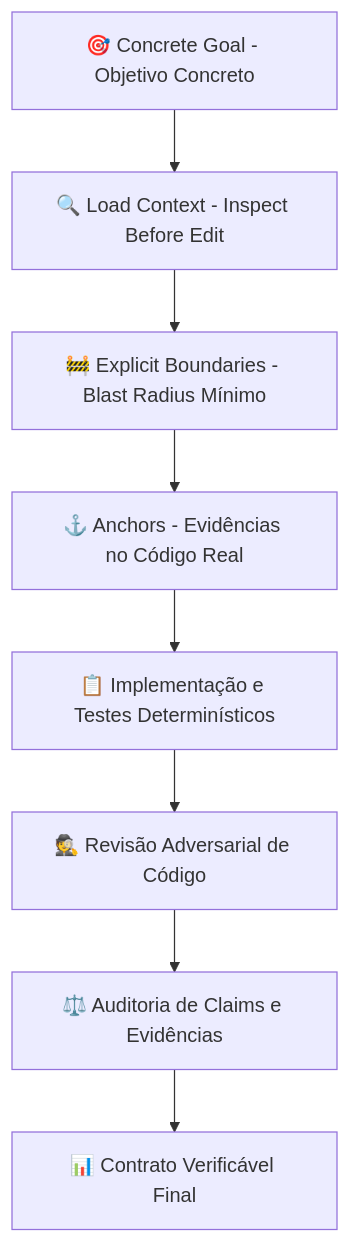
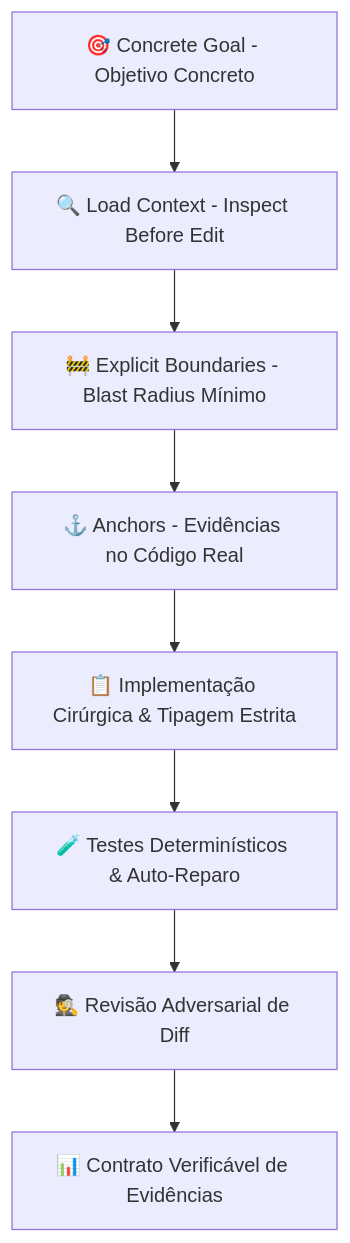
The diagram in README_PT.md (nandinhos/antigravity-clearer-engineering-harness), drawn with Mermaid before and after one commit. The commit also changed other lines of this file and 19 other files, not shown here.

````diff
--- a/README_PT.md
+++ b/README_PT.md
@@ -23,10 +27,10 @@
 ```mermaid
 flowchart TD
     A[🎯 Concrete Goal - Objetivo Concreto] --> B[🔍 Load Context - Inspect Before Edit]
     B --> C[🚧 Explicit Boundaries - Blast Radius Mínimo]
     C --> D[⚓ Anchors - Evidências no Código Real]
-    D --> E[📋 Implementação e Testes Determinísticos]
-    E --> F[🕵️ Revisão Adversarial de Código]
-    F --> G[⚖️ Auditoria de Claims e Evidências]
-    G --> H[📊 Contrato Verificável Final]
+    D --> E[📋 Implementação Cirúrgica & Tipagem Estrita]
+    E --> F[🧪 Testes Determinísticos & Auto-Reparo]
+    F --> G[🕵️ Revisão Adversarial de Diff]
+    G --> H[📊 Contrato Verificável de Evidências]
 ```
````
